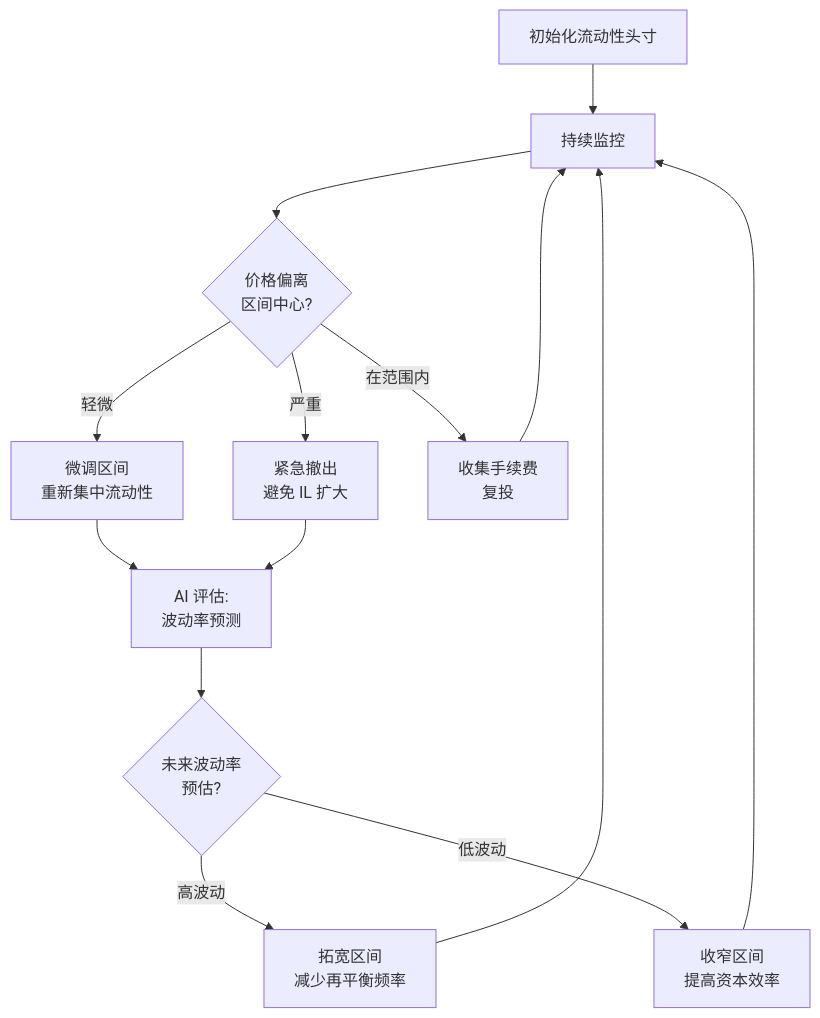
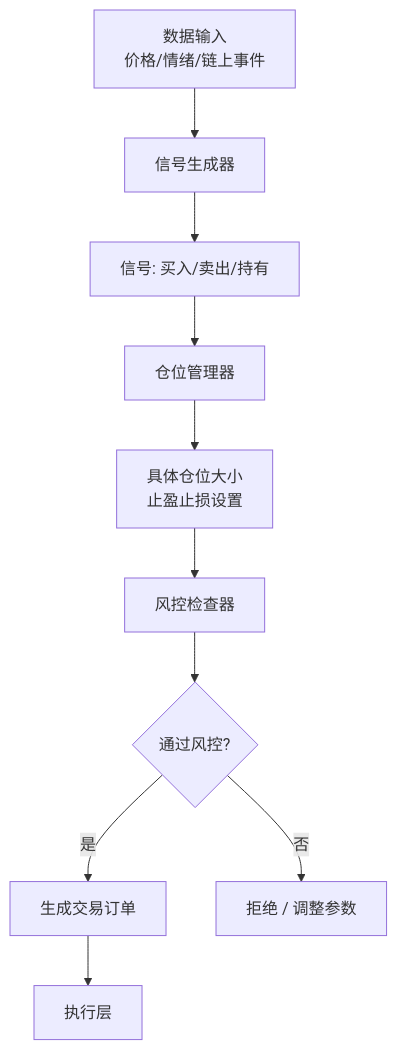
One commit to Silence-dream/ai-web3-school-cohort-0 changed the third of 12 diagrams in daily/2025-06-02.md. Above: the diagram before and after it, drawn with Mermaid. The commit also changed other lines of this file, not shown here.

````diff
--- a/daily/2025-06-02.md
+++ b/daily/2025-06-02.md
@@ -117,16 +276,12 @@
 ```mermaid
 flowchart TD
-    A[初始化流动性头寸] --> B[持续监控]
-    B --> C{价格偏离<br/>区间中心?}
-    C -->|轻微| D[微调区间<br/>重新集中流动性]
-    C -->|严重| E[紧急撤出<br/>避免 IL 扩大]
-    C -->|在范围内| F[收集手续费<br/>复投]
-    D --> G[AI 评估:<br/>波动率预测]
-    E --> G
-    G --> H{未来波动率<br/>预估?}
-    H -->|高波动| I[拓宽区间<br/>减少再平衡频率]
-    H -->|低波动| J[收窄区间<br/>提高资本效率]
-    I --> B
-    J --> B
-    F --> B
+    A[数据输入<br/>价格/情绪/链上事件] --> B[信号生成器]
+    B --> C[信号: 买入/卖出/持有]
+    C --> D[仓位管理器]
+    D --> E[具体仓位大小<br/>止盈止损设置]
+    E --> F[风控检查器]
+    F --> G{通过风控?}
+    G -->|是| H[生成交易订单]
+    G -->|否| I[拒绝 / 调整参数]
+    H --> J[执行层]
 ```
````
